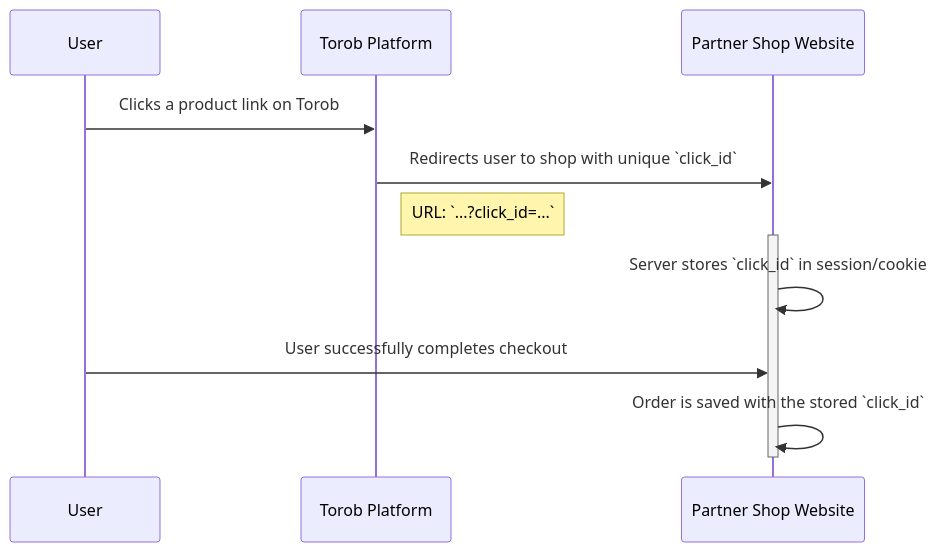
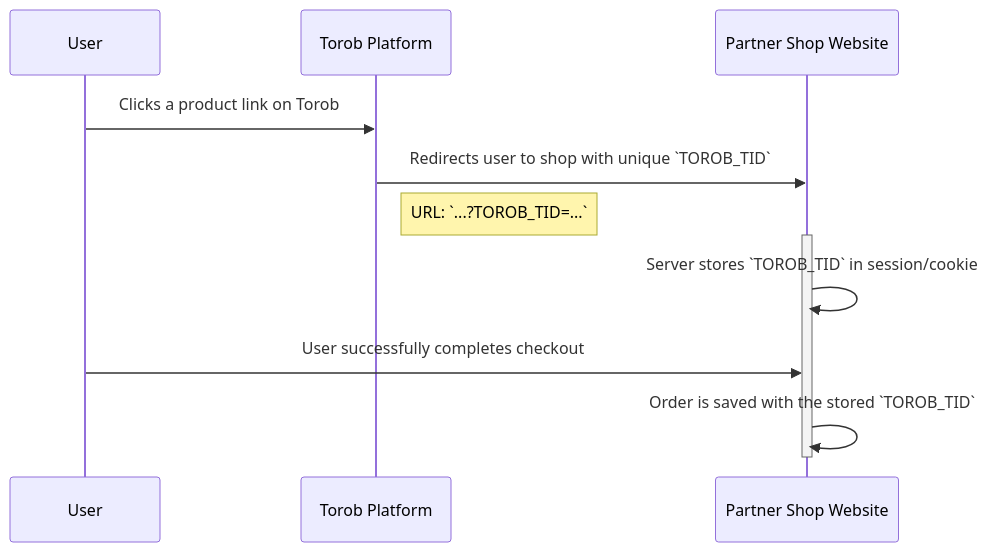
Before and after one commit to Torob/Torob-Sync: the first of 2 diagrams in order_tracking_api.md, drawn with Mermaid. The commit also changed other lines of this file, not shown here.

````diff
--- a/order_tracking_api.md
+++ b/order_tracking_api.md
@@ -9,18 +9,18 @@
 ```mermaid
 sequenceDiagram
     participant User
     participant Torob Platform
     participant Partner Shop Website
 
     %% --- Step 1 & 2: User Click and Redirection ---
     User->>Torob Platform: Clicks a product link on Torob
-    Torob Platform->>Partner Shop Website: Redirects user to shop with unique `click_id`
-    Note right of Torob Platform: URL: `...?click_id=...`
+    Torob Platform->>Partner Shop Website: Redirects user to shop with unique `TOROB_TID`
+    Note right of Torob Platform: URL: `...?TOROB_TID=...`
 
     %% --- Step 3: Session & Order Attribution ---
     activate Partner Shop Website
-    Partner Shop Website->>Partner Shop Website: Server stores `click_id` in session/cookie
+    Partner Shop Website->>Partner Shop Website: Server stores `TOROB_TID` in session/cookie
     User->>Partner Shop Website: User successfully completes checkout
-    Partner Shop Website->>Partner Shop Website: Order is saved with the stored `click_id`
+    Partner Shop Website->>Partner Shop Website: Order is saved with the stored `TOROB_TID`
     deactivate Partner Shop Website
 ```
````
